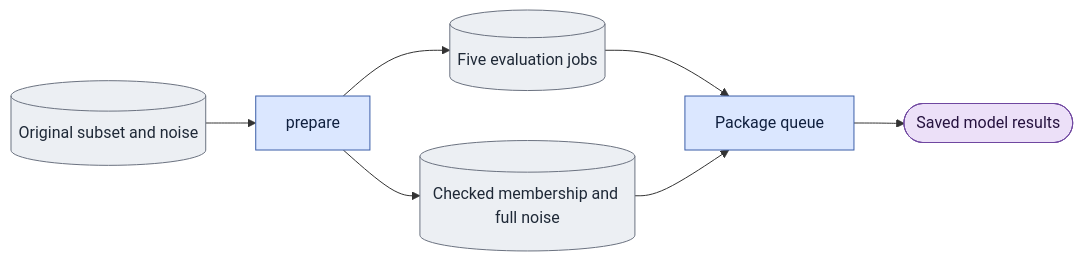
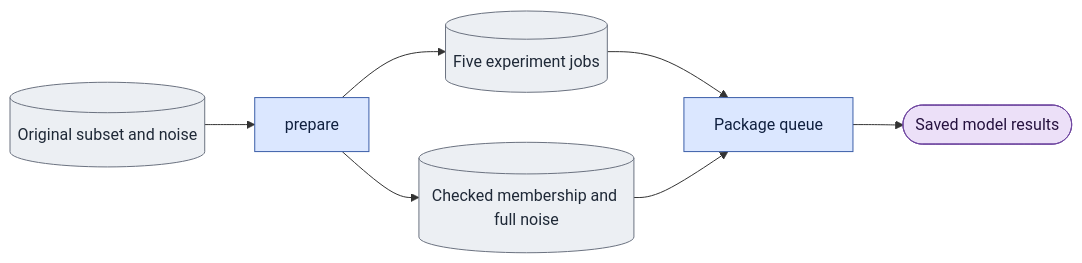
Before and after one commit to AtlantixJJ/LTX-2: the diagram in scripts/onestep_avatar/doc/experiments/future_noise_study.md, drawn with Mermaid. The commit also changed other lines of this file and 35 other files, not shown here.

````diff
--- a/scripts/onestep_avatar/doc/experiments/future_noise_study.md
+++ b/scripts/onestep_avatar/doc/experiments/future_noise_study.md
@@ -31,15 +31,15 @@
 ```mermaid
 flowchart LR
   saved[(Original subset and noise)] --> prepare[prepare]
   prepare --> data[(Checked membership and full noise)]
-  prepare --> jobs[(Five evaluation jobs)]
+  prepare --> jobs[(Five experiment jobs)]
   jobs --> queue[Package queue]
   data --> queue
   queue --> results([Saved model results])
   classDef code fill:#dbe7ff,stroke:#3b5ea8,color:#10203f;
   classDef disk fill:#eceff3,stroke:#6b7280,color:#1f2937;
   classDef out fill:#ece0f8,stroke:#7048a0,color:#26123f;
   class prepare,queue code;
   class saved,data,jobs disk;
   class results out;
 ```
````
